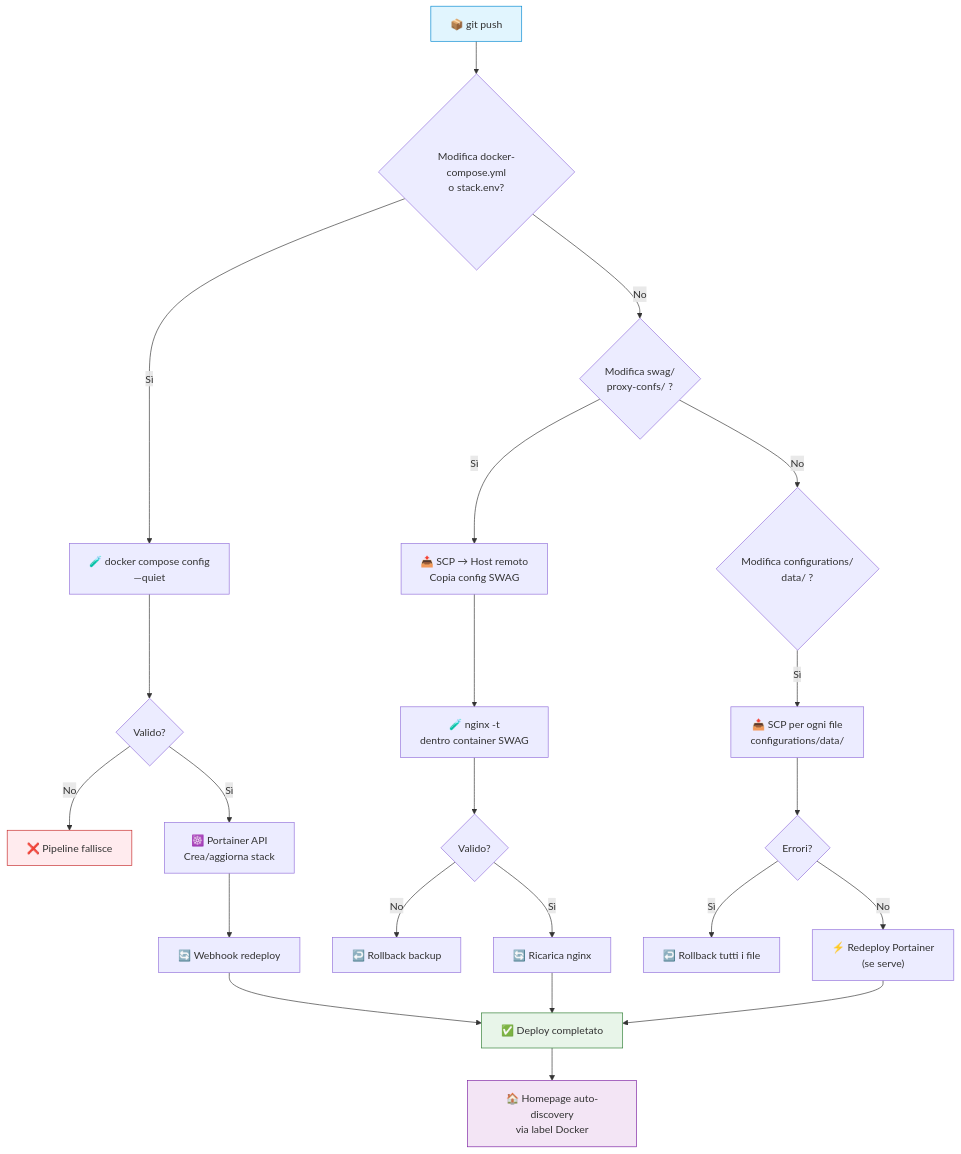
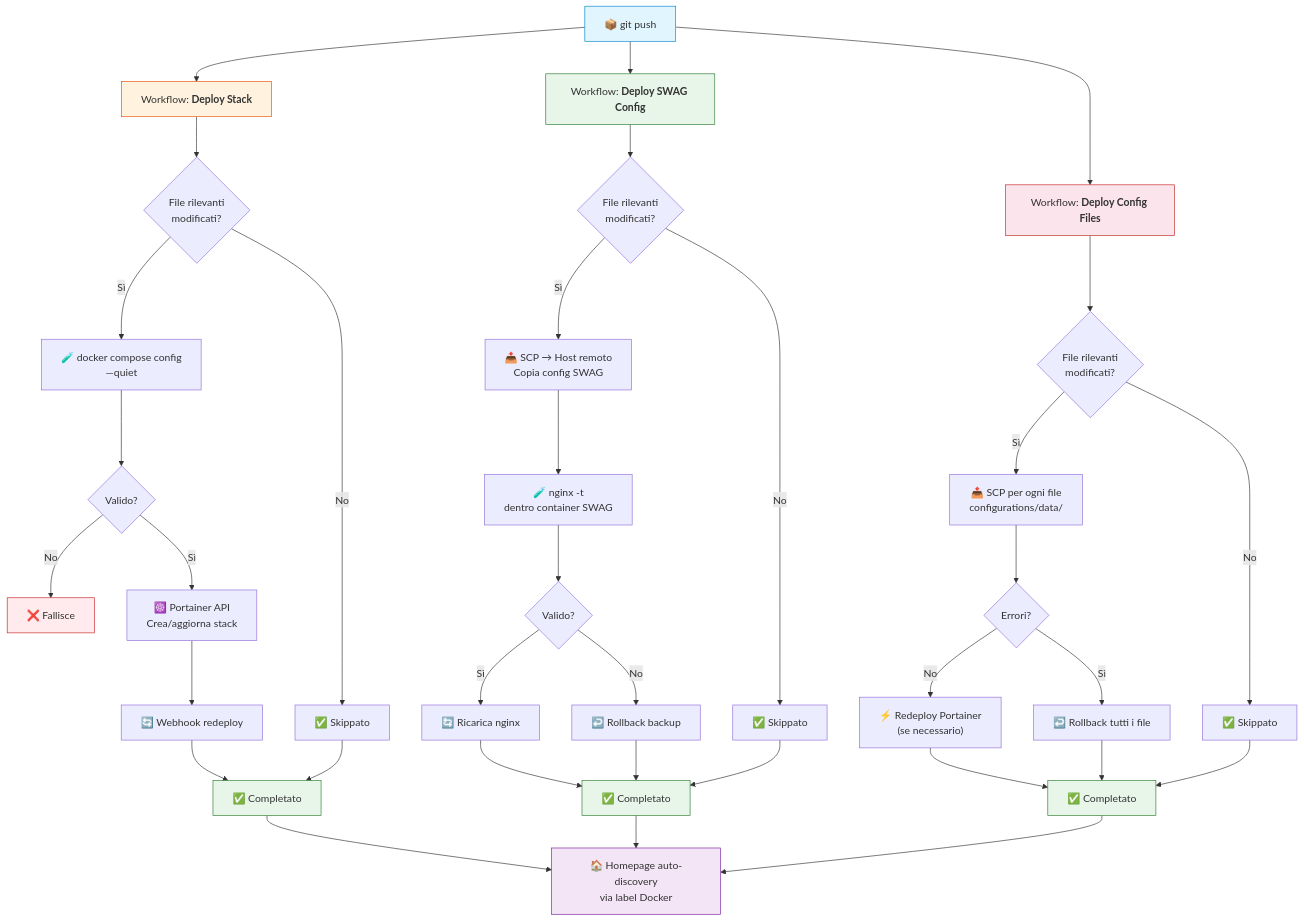
Before and after one commit to Cirius1792/personal-site: the diagram in content/posts/homelab-deploy-template.md, drawn with Mermaid. The commit also changed other lines of this file and 43 other files, not shown here.

```diff
--- a/content/posts/homelab-deploy-template.md
+++ b/content/posts/homelab-deploy-template.md
@@ -79,33 +83,51 @@
 {{< mermaid >}}
 flowchart TD
-    A["📦 git push"] --> B{"Modifica docker-compose.yml<br/>o stack.env?"}
-    B -->|Sì| C["🧪 docker compose config<br/>—quiet"]
-    B -->|No| D{"Modifica swag/<br/>proxy-confs/ ?"}
-    C --> E{Valido?}
-    E -->|No| F["❌ Pipeline fallisce"]
-    E -->|Sì| G["☸️ Portainer API<br/>Crea/aggiorna stack"]
-    G --> H["🔄 Webhook redeploy"]
-    
-    D -->|Sì| I["📤 SCP → Host remoto<br/>Copia config SWAG"]
-    D -->|No| J{"Modifica configurations/<br/>data/ ?"}
-    I --> K["🧪 nginx -t<br/>dentro container SWAG"]
-    K --> L{Valido?}
-    L -->|No| M["↩️ Rollback backup"]
-    L -->|Sì| N["🔄 Ricarica nginx"]
-    
-    J -->|Sì| O["📤 SCP per ogni file<br/>configurations/data/"]
-    O --> P{Errori?}
-    P -->|Sì| Q["↩️ Rollback tutti i file"]
-    P -->|No| R["⚡ Redeploy Portainer<br/>(se serve)"]
-    
-    N --> S["✅ Deploy completato"]
-    H --> S
-    R --> S
-    
-    S --> T["🏠 Homepage auto-discovery<br/>via label Docker"]
+    A["📦 git push"] --> B["Workflow: <b>Deploy Stack</b>"]
+    A --> C["Workflow: <b>Deploy SWAG Config</b>"]
+    A --> D["Workflow: <b>Deploy Config Files</b>"]
+
+    B --> B1{"File rilevanti<br/>modificati?"}
+    B1 -->|Sì| B2["🧪 docker compose config<br/>—quiet"]
+    B1 -->|No| B3["✅ Skippato"]
+    B2 --> B4{Valido?}
+    B4 -->|No| B5["❌ Fallisce"]
+    B4 -->|Sì| B6["☸️ Portainer API<br/>Crea/aggiorna stack"]
+    B6 --> B7["🔄 Webhook redeploy"]
+    B7 --> B8["✅ Completato"]
+    B3 --> B8
+
+    C --> C1{"File rilevanti<br/>modificati?"}
+    C1 -->|Sì| C2["📤 SCP → Host remoto<br/>Copia config SWAG"]
+    C1 -->|No| C3["✅ Skippato"]
+    C2 --> C4["🧪 nginx -t<br/>dentro container SWAG"]
+    C4 --> C5{Valido?}
+    C5 -->|No| C6["↩️ Rollback backup"]
+    C5 -->|Sì| C7["🔄 Ricarica nginx"]
+    C7 --> C8["✅ Completato"]
+    C6 --> C8
+    C3 --> C8
+
+    D --> D1{"File rilevanti<br/>modificati?"}
+    D1 -->|Sì| D2["📤 SCP per ogni file<br/>configurations/data/"]
+    D1 -->|No| D3["✅ Skippato"]
+    D2 --> D4{Errori?}
+    D4 -->|Sì| D5["↩️ Rollback tutti i file"]
+    D4 -->|No| D6["⚡ Redeploy Portainer<br/>(se necessario)"]
+    D6 --> D7["✅ Completato"]
+    D5 --> D7
+    D3 --> D7
+
+    B8 --> E["🏠 Homepage auto-discovery<br/>via label Docker"]
+    C8 --> E
+    D7 --> E
 
     style A fill:#e1f5fe,stroke:#0288d1
-    style F fill:#ffebee,stroke:#c62828
-    style S fill:#e8f5e9,stroke:#2e7d32
-    style T fill:#f3e5f5,stroke:#7b1fa2
+    style B fill:#fff3e0,stroke:#e65100
+    style C fill:#e8f5e9,stroke:#2e7d32
+    style D fill:#fce4ec,stroke:#c62828
+    style B5 fill:#ffebee,stroke:#c62828
+    style B8 fill:#e8f5e9,stroke:#2e7d32
+    style C8 fill:#e8f5e9,stroke:#2e7d32
+    style D7 fill:#e8f5e9,stroke:#2e7d32
+    style E fill:#f3e5f5,stroke:#7b1fa2
 {{< /mermaid >}}
```
